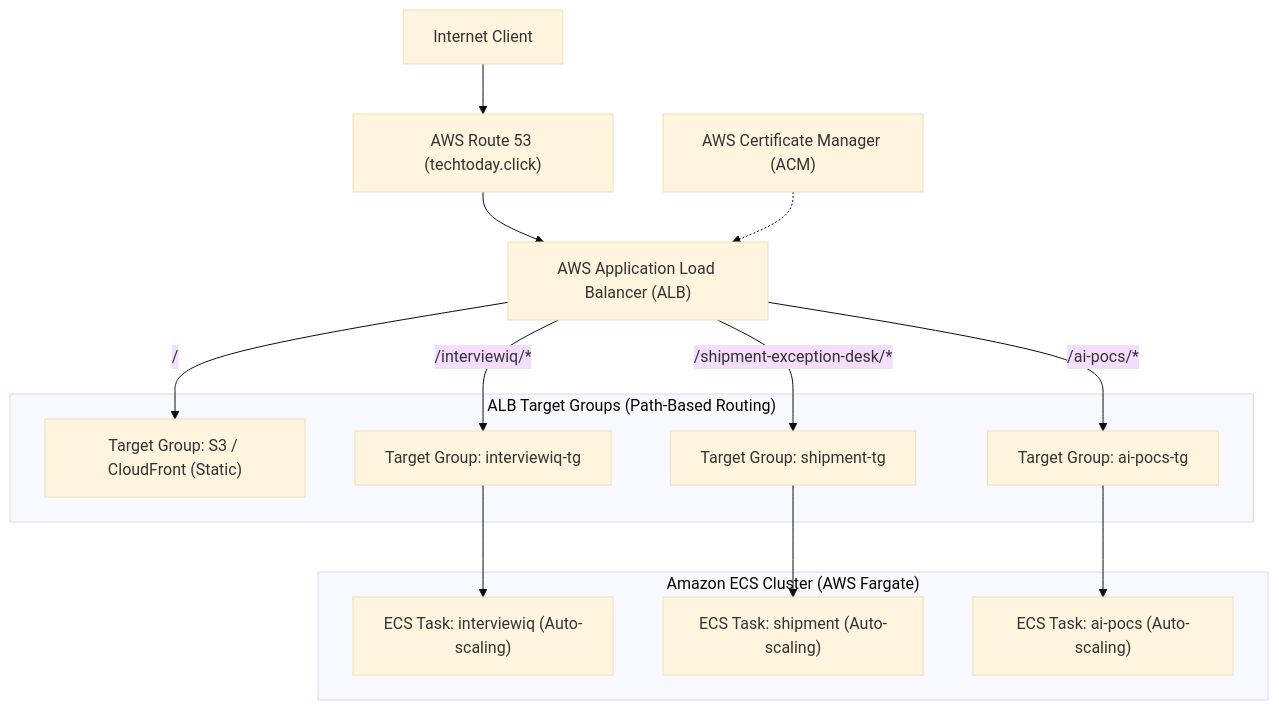
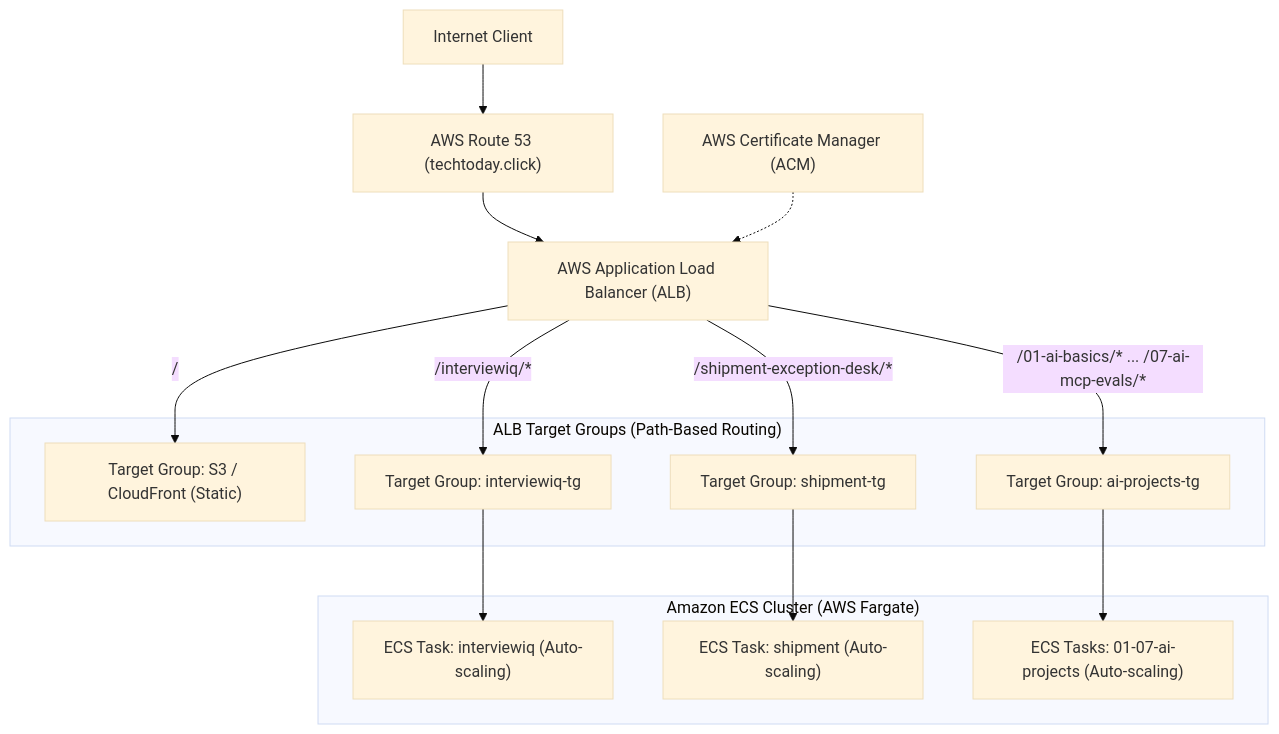
The seventh of 7 diagrams in projects/ARCHITECTURE.md (pankajspace/ai), drawn with Mermaid (base theme) before and after one commit. The commit also changed other lines of this file and 315 other files, not shown here.

Commit message:
Dissolve ai-pocs into 7 numbered single-container projects with dedicated clients

````diff
--- a/projects/ARCHITECTURE.md
+++ b/projects/ARCHITECTURE.md
@@ -1014,28 +1026,28 @@
 ```mermaid
 flowchart TD
     Client["Internet Client"]
     R53["AWS Route 53 (techtoday.click)"]
     ACM["AWS Certificate Manager (ACM)"]
     ALB["AWS Application Load Balancer (ALB)"]
 
     subgraph TargetGroups["ALB Target Groups (Path-Based Routing)"]
         TG_Static["Target Group: S3 / CloudFront (Static)"]
         TG_Interview["Target Group: interviewiq-tg"]
         TG_Shipment["Target Group: shipment-tg"]
-        TG_Pocs["Target Group: ai-pocs-tg"]
+        TG_AIProjects["Target Group: ai-projects-tg"]
     end
 
     subgraph ECS_Cluster["Amazon ECS Cluster (AWS Fargate)"]
         Task_Interview["ECS Task: interviewiq (Auto-scaling)"]
         Task_Shipment["ECS Task: shipment (Auto-scaling)"]
-        Task_Pocs["ECS Task: ai-pocs (Auto-scaling)"]
+        Task_AIProjects["ECS Tasks: 01-07-ai-projects (Auto-scaling)"]
     end
 
     Client --> R53
     R53 --> ALB
     ACM -.-> ALB
     ALB -- "/interviewiq/*" --> TG_Interview --> Task_Interview
     ALB -- "/shipment-exception-desk/*" --> TG_Shipment --> Task_Shipment
-    ALB -- "/ai-pocs/*" --> TG_Pocs --> Task_Pocs
+    ALB -- "/01-ai-basics/* ... /07-ai-mcp-evals/*" --> TG_AIProjects --> Task_AIProjects
     ALB -- "/" --> TG_Static
 ```
````
